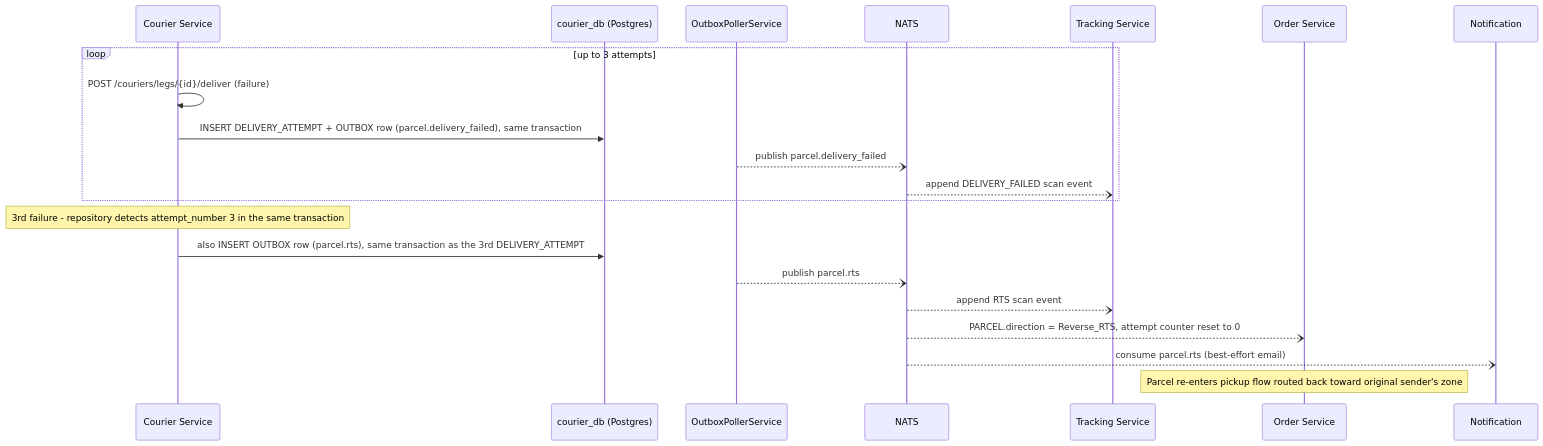
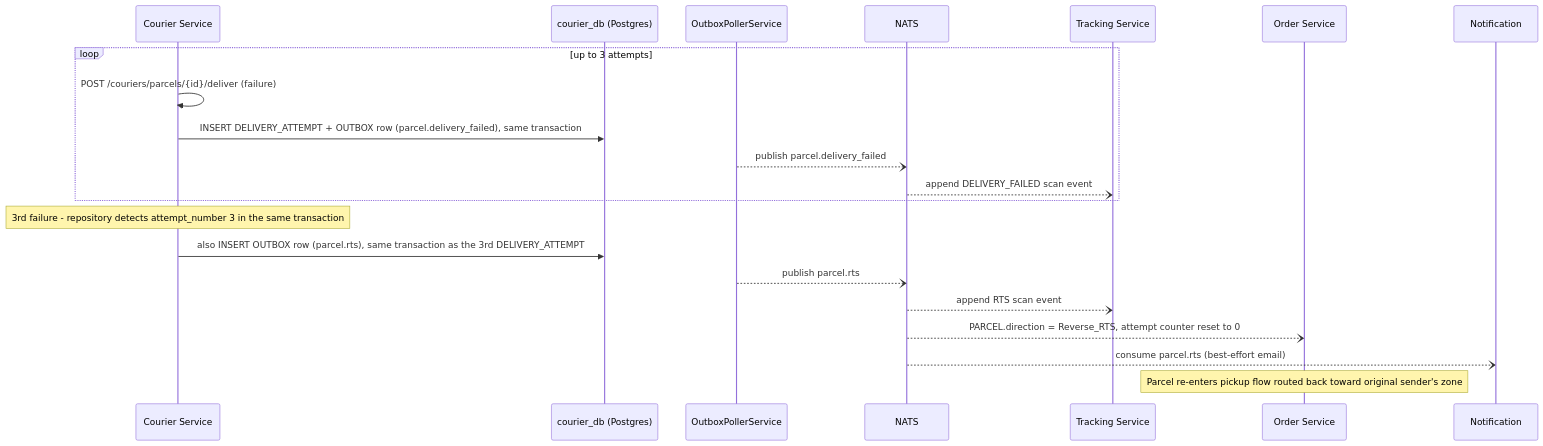
The third of 3 diagrams in shipping-system/docs/lld/courier-service.md (dunguyen-311201/nestjs), drawn with Mermaid before and after one commit. The commit also changed other lines of this file and 18 other files, not shown here.

First line of the commit message:
refactor: rename couriers/legs and dispatcher legs routes to parcels

````diff
--- a/shipping-system/docs/lld/courier-service.md
+++ b/shipping-system/docs/lld/courier-service.md
@@ -87,25 +87,25 @@
 ```mermaid
 sequenceDiagram
     participant Courier as Courier Service
     participant DB as courier_db (Postgres)
     participant Poller as OutboxPollerService
     participant NATS
     participant Tracking as Tracking Service
     participant Order as Order Service
     participant Notification
 
     loop up to 3 attempts
-        Courier->>Courier: POST /couriers/legs/{id}/deliver (failure)
+        Courier->>Courier: POST /couriers/parcels/{id}/deliver (failure)
         Courier->>DB: INSERT DELIVERY_ATTEMPT + OUTBOX row (parcel.delivery_failed), same transaction
         Poller--)NATS: publish parcel.delivery_failed
         NATS--)Tracking: append DELIVERY_FAILED scan event
     end
 
     Note over Courier: 3rd failure - repository detects attempt_number 3 in the same transaction
     Courier->>DB: also INSERT OUTBOX row (parcel.rts), same transaction as the 3rd DELIVERY_ATTEMPT
     Poller--)NATS: publish parcel.rts
     NATS--)Tracking: append RTS scan event
     NATS--)Order: PARCEL.direction = Reverse_RTS, attempt counter reset to 0
     NATS--)Notification: consume parcel.rts (best-effort email)
     Note over Order: Parcel re-enters pickup flow routed back toward original sender's zone
 ```
````
